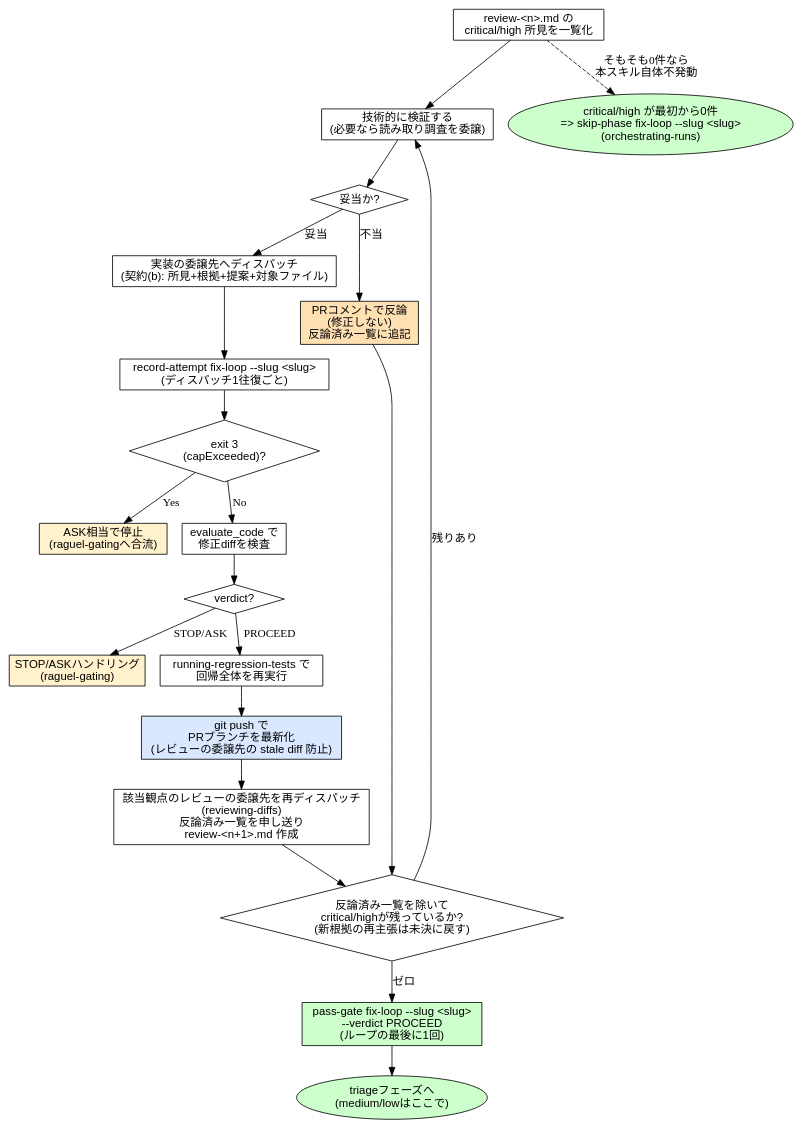
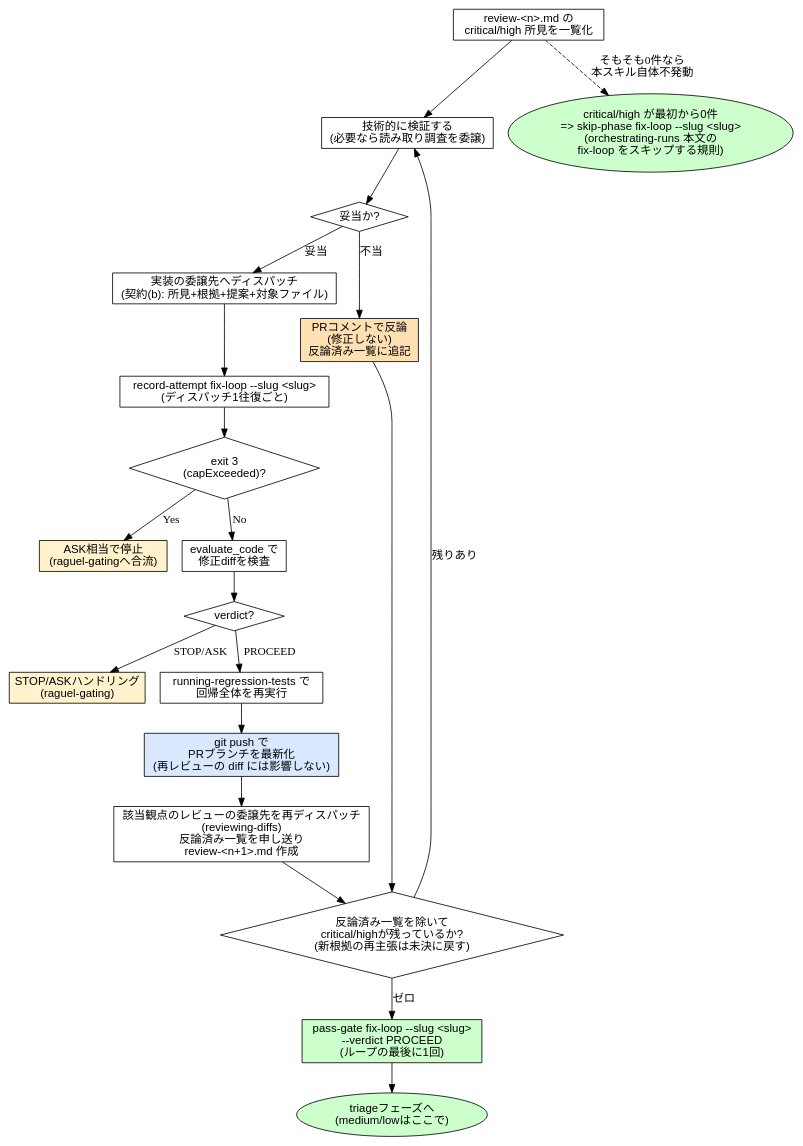
Diagram 11 of 15 in plugins/codiel/docs/skill-flowcharts.md (Amatsuka-kobo/amatsuka-claude-plugins), drawn with Graphviz before and after one commit. The commit also changed other lines of this file and 8 other files, not shown here.

````diff
--- a/plugins/codiel/docs/skill-flowcharts.md
+++ b/plugins/codiel/docs/skill-flowcharts.md
@@ -426,43 +426,43 @@
 ```dot
 digraph fixing_review_findings {
   rankdir=TB;
   node [fontname="sans-serif"];
 
   findings [label="review-<n>.md の\ncritical/high 所見を一覧化", shape=box];
   verify [label="技術的に検証する\n(必要なら読み取り調査を委譲)", shape=box];
   valid [label="妥当か?", shape=diamond];
   dispatch [label="実装の委譲先へディスパッチ\n(契約(b): 所見+根拠+提案+対象ファイル)", shape=box];
   rebut [label="PRコメントで反論\n(修正しない)\n反論済み一覧に追記", shape=box, style=filled, fillcolor="#ffe0b3"];
   record_attempt [label="record-attempt fix-loop --slug <slug>\n(ディスパッチ1往復ごと)", shape=box];
   cap [label="exit 3\n(capExceeded)?", shape=diamond];
   ask [label="ASK相当で停止\n(raguel-gatingへ合流)", shape=box, style=filled, fillcolor="#fff2cc"];
   evaluate [label="evaluate_code で\n修正diffを検査", shape=box];
   verdict [label="verdict?", shape=diamond];
   stop_ask [label="STOP/ASKハンドリング\n(raguel-gating)", shape=box, style=filled, fillcolor="#fff2cc"];
   regress [label="running-regression-tests で\n回帰全体を再実行", shape=box];
-  push [label="git push で\nPRブランチを最新化\n(レビューの委譲先の stale diff 防止)", shape=box, style=filled, fillcolor="#d9e8ff"];
+  push [label="git push で\nPRブランチを最新化\n(再レビューの diff には影響しない)", shape=box, style=filled, fillcolor="#d9e8ff"];
   rereview [label="該当観点のレビューの委譲先を再ディスパッチ\n(reviewing-diffs)\n反論済み一覧を申し送り\nreview-<n+1>.md 作成", shape=box];
   remaining [label="反論済み一覧を除いて\ncritical/highが残っているか?\n(新根拠の再主張は未決に戻す)", shape=diamond];
   passgate [label="pass-gate fix-loop --slug <slug>\n--verdict PROCEED\n(ループの最後に1回)", shape=box, style=filled, fillcolor="#ccffcc"];
   triage [label="triageフェーズへ\n(medium/lowはここで)", shape=ellipse, style=filled, fillcolor="#ccffcc"];
-  skip [label="critical/high が最初から0件\n=> skip-phase fix-loop --slug <slug>\n(orchestrating-runs)", shape=ellipse, style=filled, fillcolor="#ccffcc"];
+  skip [label="critical/high が最初から0件\n=> skip-phase fix-loop --slug <slug>\n(orchestrating-runs 本文の\nfix-loop をスキップする規則)", shape=ellipse, style=filled, fillcolor="#ccffcc"];
 
   findings -> verify -> valid;
   valid -> dispatch [label="妥当"];
   valid -> rebut [label="不当"];
   dispatch -> record_attempt;
   record_attempt -> cap;
   cap -> ask [label="Yes"];
   cap -> evaluate [label="No"];
   evaluate -> verdict;
   verdict -> stop_ask [label="STOP/ASK"];
   verdict -> regress [label="PROCEED"];
   regress -> push -> rereview -> remaining;
   remaining -> verify [label="残りあり"];
   remaining -> passgate [label="ゼロ"];
   rebut -> remaining;
   passgate -> triage;
 
   findings -> skip [style=dashed, label="そもそも0件なら\n本スキル自体不発動"];
 }
 ```
````
